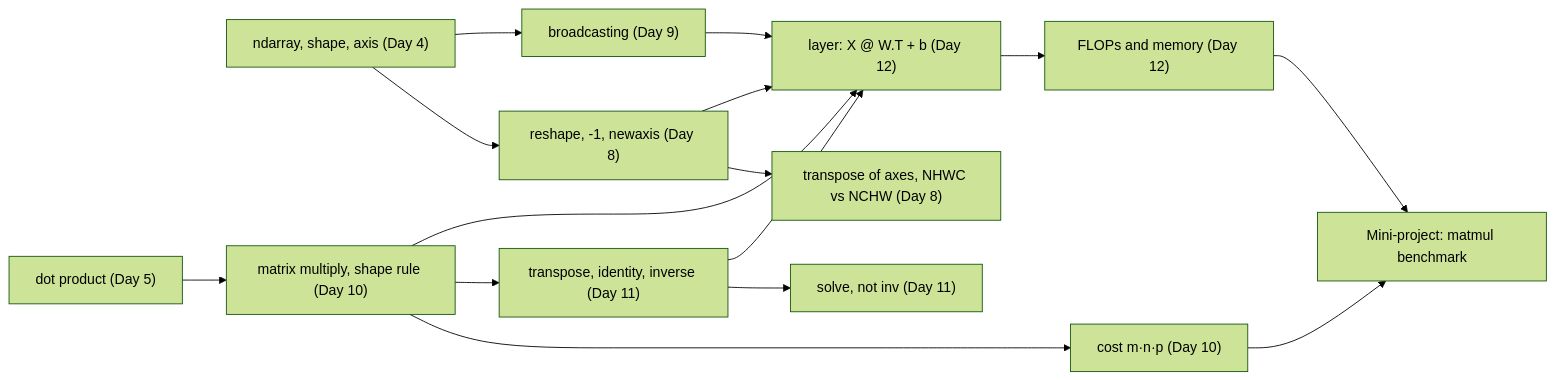
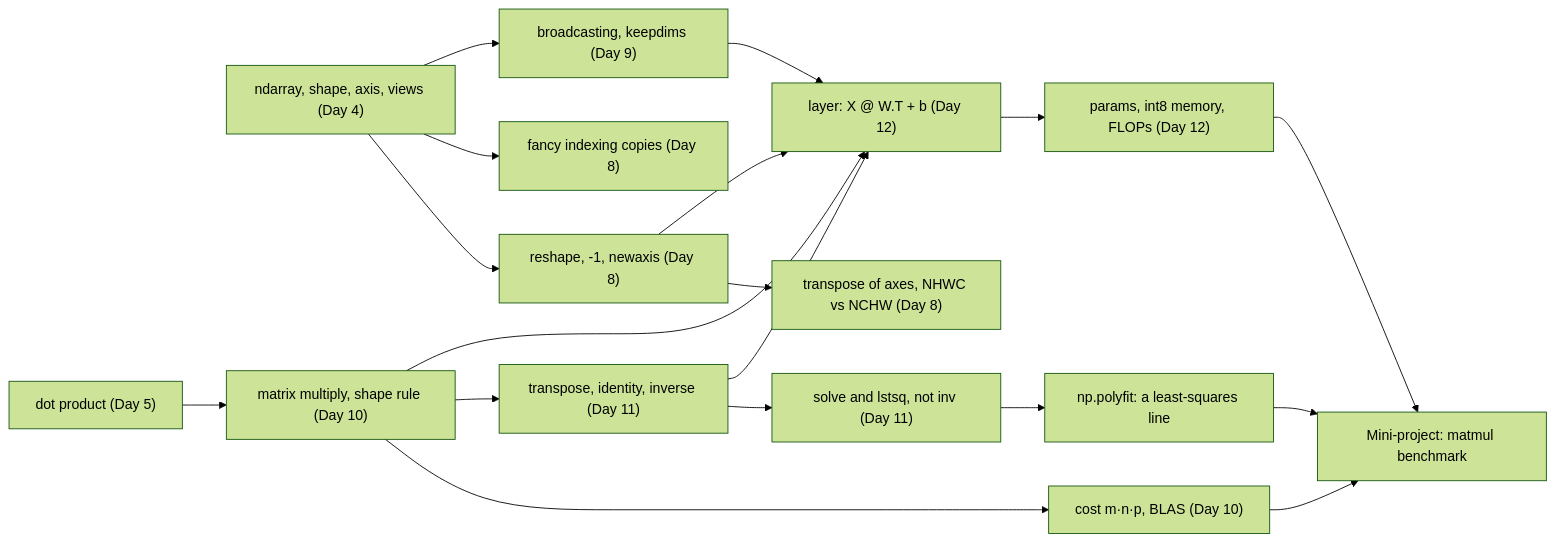
Before and after one commit to manjulkadyan/ai-leaning: the diagram in docs/lessons/phase-1/day-13-week2-review.md, drawn with Mermaid (forest theme). The commit also changed other lines of this file and 2 other files, not shown here.

First line of the commit message:
Rewrite Day 13 review; benchmark runs locally, small version in browser

````diff
--- a/docs/lessons/phase-1/day-13-week2-review.md
+++ b/docs/lessons/phase-1/day-13-week2-review.md
@@ -43,17 +57,20 @@
 ```mermaid
 flowchart LR
-    A["ndarray, shape, axis (Day 4)"] --> R["reshape, -1, newaxis (Day 8)"]
-    A --> B["broadcasting (Day 9)"]
+    A["ndarray, shape, axis, views (Day 4)"] --> R["reshape, -1, newaxis (Day 8)"]
+    A --> FI["fancy indexing copies (Day 8)"]
+    A --> B["broadcasting, keepdims (Day 9)"]
     R --> T["transpose of axes, NHWC vs NCHW (Day 8)"]
     D["dot product (Day 5)"] --> M["matrix multiply, shape rule (Day 10)"]
-    M --> C["cost m·n·p (Day 10)"]
+    M --> C["cost m·n·p, BLAS (Day 10)"]
     M --> TR["transpose, identity, inverse (Day 11)"]
-    TR --> S["solve, not inv (Day 11)"]
+    TR --> S["solve and lstsq, not inv (Day 11)"]
     M --> L["layer: X @ W.T + b (Day 12)"]
     TR --> L
     B --> L
     R --> L
-    L --> F["FLOPs and memory (Day 12)"]
+    L --> F["params, int8 memory, FLOPs (Day 12)"]
     C --> P["Mini-project: matmul benchmark"]
     F --> P
+    S --> PF["np.polyfit: a least-squares line"]
+    PF --> P
 ```
````
